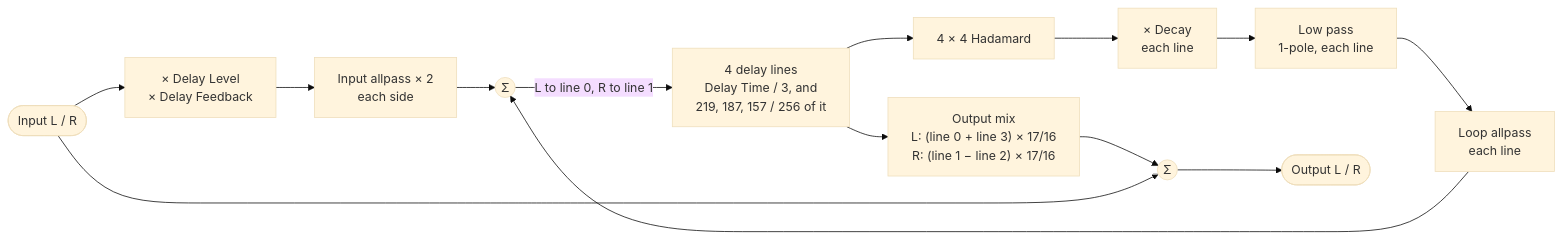
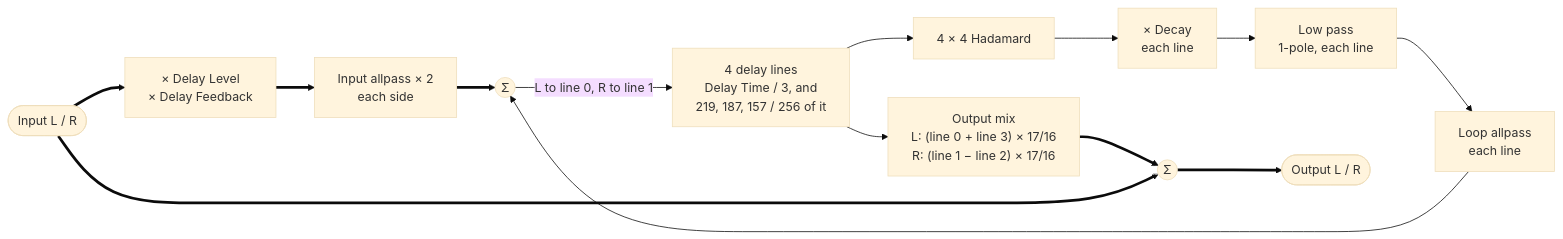
Before and after one commit to risgk/digital-synth-pra32-u2: the seventh of 9 diagrams in PRA32-U2-Block-Diagrams.md, drawn with Mermaid (base theme). The commit also changed other lines of this file and 1 other file, not shown here.

Commit message:
Block diagrams: The stereo audio with thick arrows

````diff
--- a/PRA32-U2-Block-Diagrams.md
+++ b/PRA32-U2-Block-Diagrams.md
@@ -220,16 +220,16 @@
 ```mermaid
 flowchart LR
-    IN([Input L / R]) --> S["× Delay Level<br/>× Delay Feedback"]
-    S --> AP["Input allpass × 2<br/>each side"]
-    AP --> SUM((Σ))
+    IN([Input L / R]) ==> S["× Delay Level<br/>× Delay Feedback"]
+    S ==> AP["Input allpass × 2<br/>each side"]
+    AP ==> SUM((Σ))
     SUM -->|"L to line 0, R to line 1"| LN["4 delay lines<br/>Delay Time / 3, and<br/>219, 187, 157 / 256 of it"]
     LN --> H["4 × 4 Hadamard"]
     H --> G["× Decay<br/>each line"]
     G --> LPF["Low pass<br/>1-pole, each line"]
     LPF --> LA["Loop allpass<br/>each line"]
     LA --> SUM
     LN --> OM["Output mix<br/>L: (line 0 + line 3) × 17/16<br/>R: (line 1 − line 2) × 17/16"]
-    OM --> M((Σ))
-    IN --> M
-    M --> OUT([Output L / R])
+    OM ==> M((Σ))
+    IN ==> M
+    M ==> OUT([Output L / R])
 ```
````
